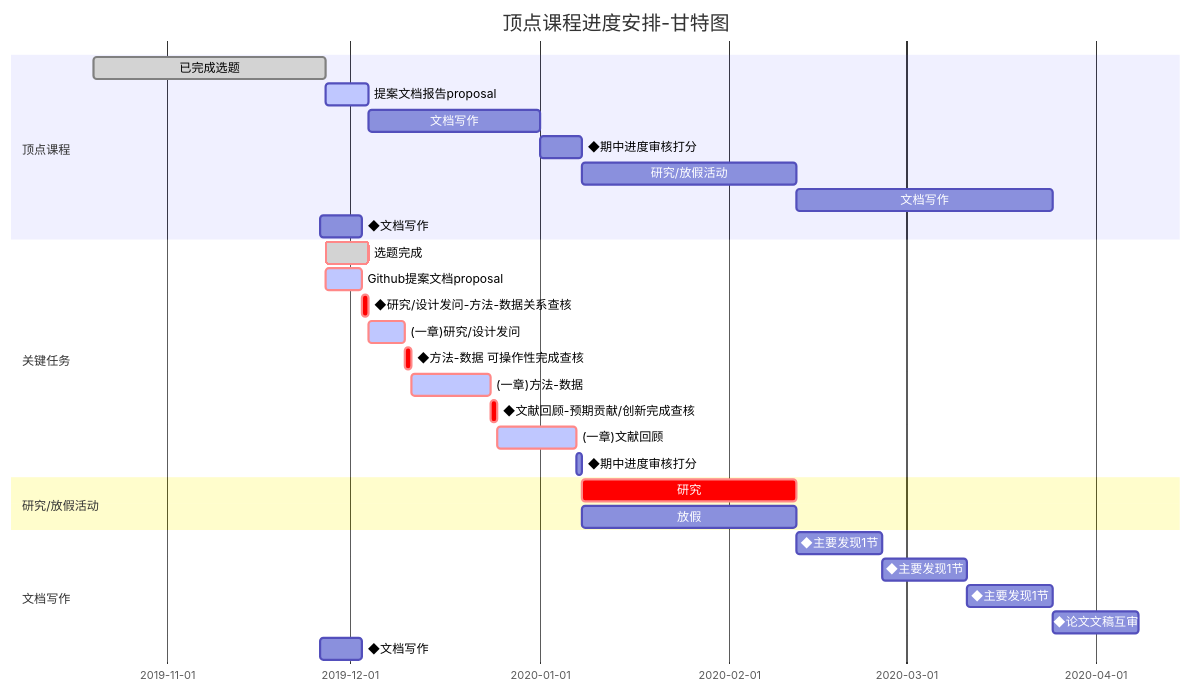
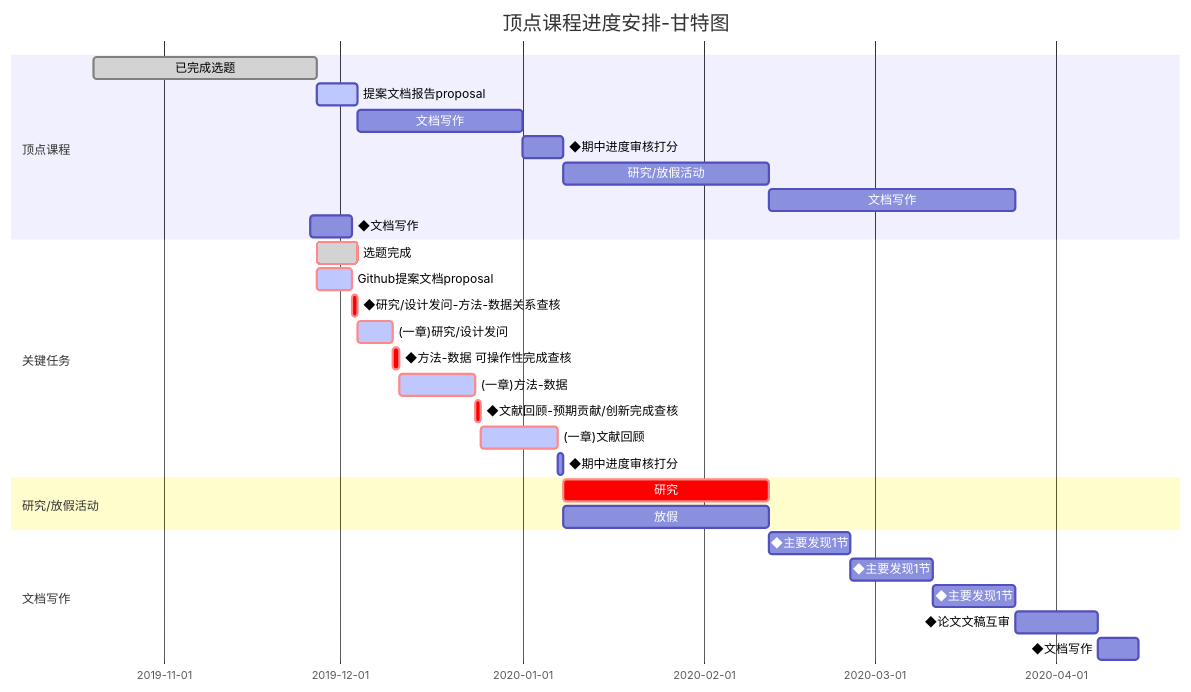
One commit to q3466141541/CapstoneProject changed the diagram in prjs/proposal.md. Above: the diagram before and after it, drawn with Mermaid.

```diff
--- a/prjs/proposal.md
+++ b/prjs/proposal.md
@@ -96,38 +96,38 @@
 <div class="mermaid" style="background-color:lightgreen;"> 
 gantt
        dateFormat  YYYY-MM-DD
        title 顶点课程进度安排-甘特图
 
        section 顶点课程
        已完成选题                :done,    des1, 2019-10-20,2019-11-27
        提案文档报告proposal      :active,  des2, 2019-11-27, 7d
        文档写作                  :         des3, after des2, 28d
        ◆期中进度审核打分         :         des4, after des3, 7d
        研究/放假活动             :         des5, after des4, 35d
        文档写作:主要发现         :         des6, after des5, 42d
        ◆文档写作:全文提交(TBA待定):         des7, after des6, 7d
 
        section 关键任务
        选题完成                  :crit, done, after des1, 7d
        Github提案文档proposal    :crit, active, 2019-11-27,6d
        ◆研究/设计发问-方法-数据关系查核  :crit, 1d
        (一章)研究/设计发问       :crit, active, 2019-12-04,6d
        ◆方法-数据 可操作性完成查核       :crit, 1d
        (一章)方法-数据           :crit, active, 2019-12-11,13d
        ◆文献回顾-预期贡献/创新完成查核     :crit, 1d
        (一章)文献回顾           :crit, active, 2019-12-25,13d
        ◆期中进度审核打分                   :1d
 
        section 研究/放假活动
        研究                     :crit, after des4, 35d
        放假                     :      vac1, after des4, 35d
 
        section 文档写作
        ◆主要发现1节              : finding1, after des5, 14d
        ◆主要发现1节              : finding2, after finding1, 14d
        ◆主要发现1节              : finding3, after finding2, 14d
        ◆论文文稿互审             : peerreview, after finding3, 14d
-       ◆文档写作:全文提交(TBA待定):    des7, after des6, 7d
+       ◆文档写作:全文提交(TBA待定):    des7, after peerreview, 7d
 
 
 </div>
```
